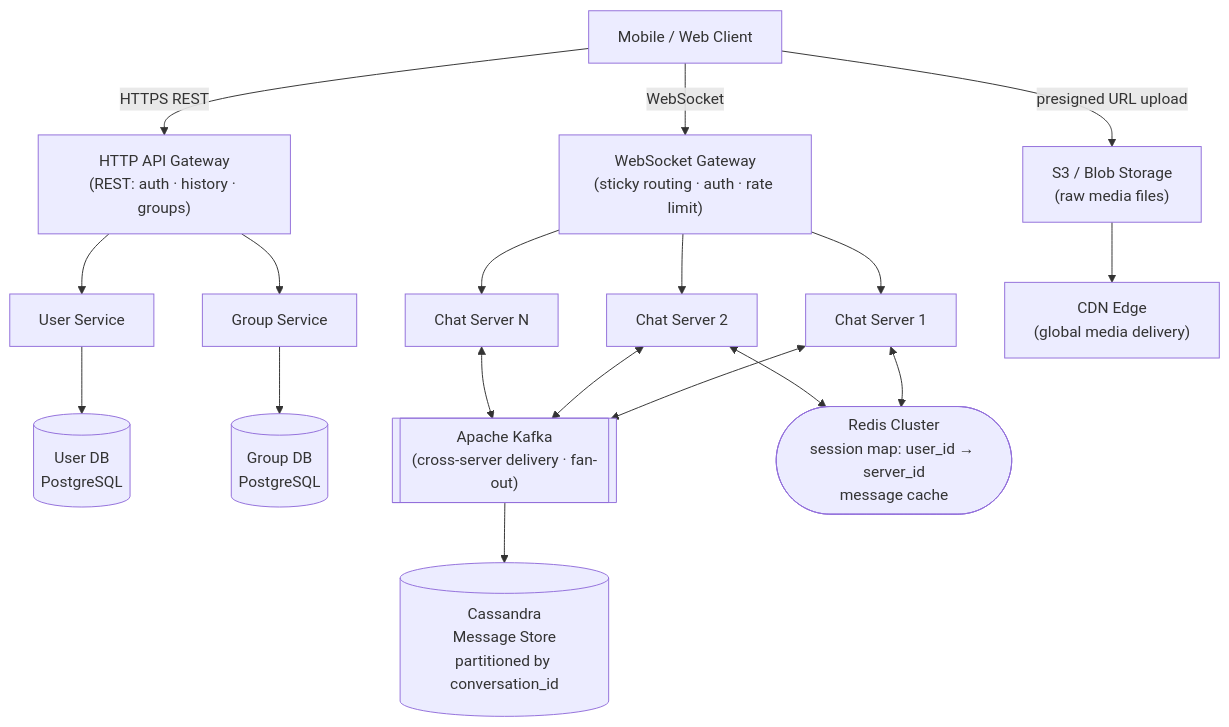
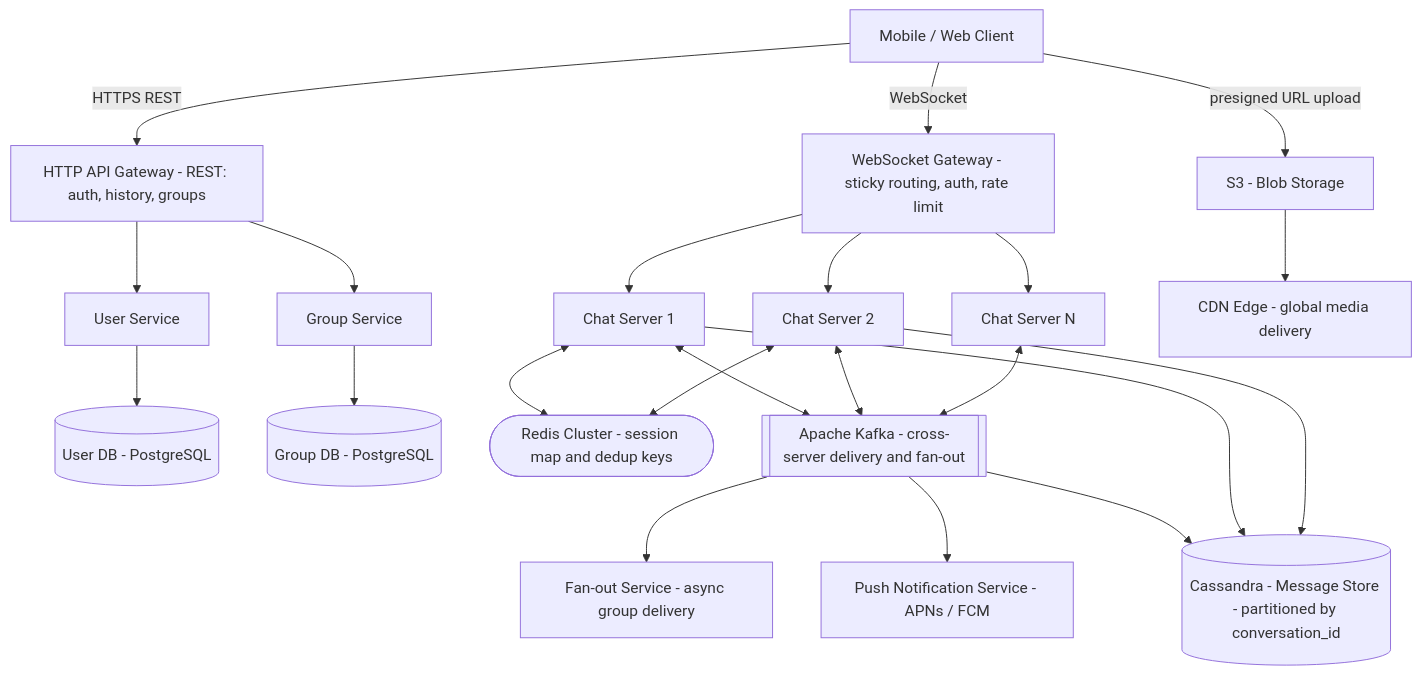
The fifth of 7 diagrams in system-design/latest & updated/chat-app-whatsapp-web.md (shyamalm88/MechineCoding), drawn with Mermaid before and after one commit. The commit also changed other lines of this file and 9 other files, not shown here.

````diff
--- a/system-design/latest & updated/chat-app-whatsapp-web.md
+++ b/system-design/latest & updated/chat-app-whatsapp-web.md
@@ -394,45 +226,48 @@
 ```mermaid
 graph TD
     Client["Mobile / Web Client"]
-
-    HTTPGW["HTTP API Gateway\n(REST: auth · history · groups)"]
-    WSGW["WebSocket Gateway\n(sticky routing · auth · rate limit)"]
+    HTTPGW["HTTP API Gateway - REST: auth, history, groups"]
+    WSGW["WebSocket Gateway - sticky routing, auth, rate limit"]
 
     US["User Service"]
     GS["Group Service"]
     CS1["Chat Server 1"]
     CS2["Chat Server 2"]
     CSN["Chat Server N"]
+    FO["Fan-out Service - async group delivery"]
+    PN["Push Notification Service - APNs / FCM"]
 
-    UDB[("User DB\nPostgreSQL")]
-    GDB[("Group DB\nPostgreSQL")]
-
-    Kafka[["Apache Kafka\n(cross-server delivery · fan-out)"]]
-    Cassandra[("Cassandra\nMessage Store\npartitioned by conversation_id")]
-    Redis(["Redis Cluster\nsession map: user_id → server_id\nmessage cache"])
-
-    S3["S3 / Blob Storage\n(raw media files)"]
-    CDN["CDN Edge\n(global media delivery)"]
+    UDB[("User DB - PostgreSQL")]
+    GDB[("Group DB - PostgreSQL")]
+    Cass[("Cassandra - Message Store - partitioned by conversation_id")]
+    Redis(["Redis Cluster - session map and dedup keys"])
+    Kafka[["Apache Kafka - cross-server delivery and fan-out"]]
+    S3["S3 - Blob Storage"]
+    CDN["CDN Edge - global media delivery"]
 
     Client -->|HTTPS REST| HTTPGW
     Client -->|WebSocket| WSGW
     Client -->|presigned URL upload| S3
     S3 --> CDN
 
     HTTPGW --> US
     HTTPGW --> GS
     US --> UDB
     GS --> GDB
 
     WSGW --> CS1
     WSGW --> CS2
     WSGW --> CSN
 
     CS1 <--> Kafka
     CS2 <--> Kafka
     CSN <--> Kafka
+    Kafka --> FO
+    Kafka --> PN
 
-    Kafka --> Cassandra
     CS1 <--> Redis
     CS2 <--> Redis
+    Kafka --> Cass
+    CS1 --> Cass
+    CS2 --> Cass
 ```
````
